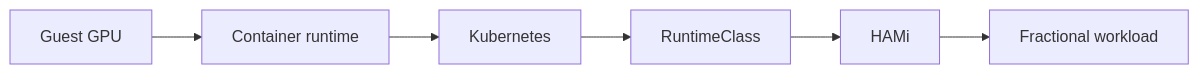
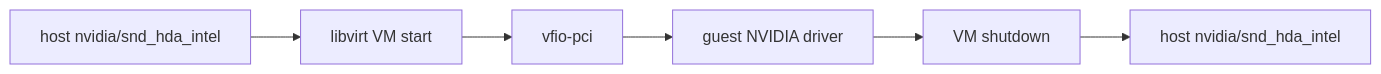
One commit to Project-HAMi/website changed the second of 3 diagrams in tutorials/labs/local-gpu-passthrough.md. Above: the diagram before and after it, drawn with Mermaid. The commit also changed other lines of this file and 11 other files, not shown here.

````diff
--- a/tutorials/labs/local-gpu-passthrough.md
+++ b/tutorials/labs/local-gpu-passthrough.md
@@ -666,9 +368,8 @@
 ```mermaid
-%% title: Validation Chain
 flowchart LR
-    GuestGPU["Guest GPU"] --> Runtime["Container runtime"]
-    Runtime --> Kubernetes["Kubernetes"]
-    Kubernetes --> RuntimeClass["RuntimeClass"]
-    RuntimeClass --> Hami["HAMi"]
-    Hami --> Workload["Fractional workload"]
+  HostDriver["host nvidia/snd_hda_intel"] --> LibvirtStart["libvirt VM start"]
+  LibvirtStart --> Vfio["vfio-pci"]
+  Vfio --> Guest["guest NVIDIA driver"]
+  Guest --> Shutdown["VM shutdown"]
+  Shutdown --> HostRecovered["host nvidia/snd_hda_intel"]
 ```
````
